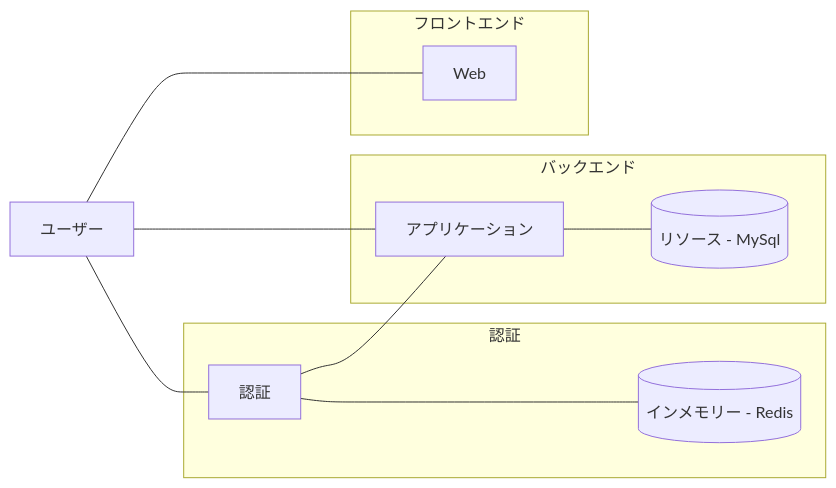
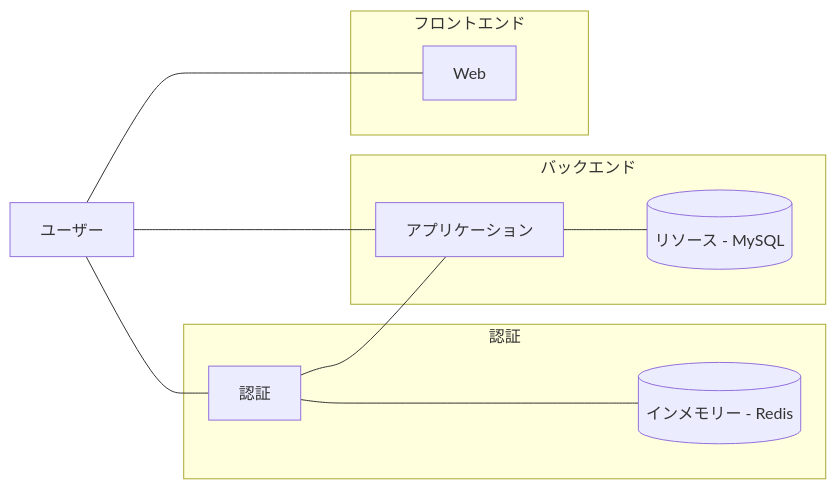
The third of 5 diagrams in README.md (kyana0817/handson-backend-building), drawn with Mermaid before and after one commit.

Commit message:
:pencil2: Typo resource name

````diff
--- a/README.md
+++ b/README.md
@@ -70,27 +70,27 @@
 ```mermaid
 graph LR
   u[ユーザー]
   w[Web]
   app[アプリケーション]
   auth[認証]
-  d[(リソース - MySql)]
+  d[(リソース - MySQL)]
   m[(インメモリー - Redis)]
   u ---- w
   u --- app
   u --- auth
   app --- d
   auth --- app
   auth ---- m
   subgraph フロントエンド
     w
   end
   subgraph バックエンド
     app
     d
   end
   subgraph 認証
    auth
    m
   end
   
 ```
````
